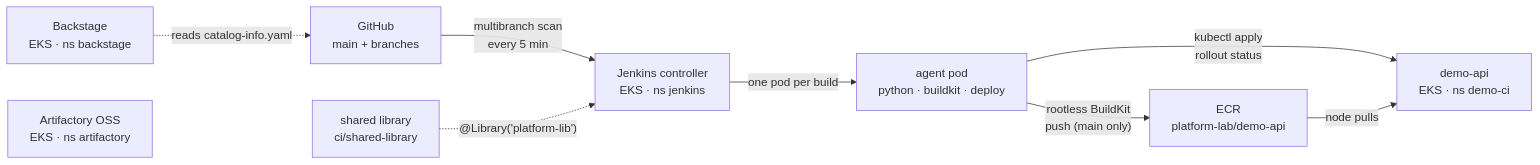
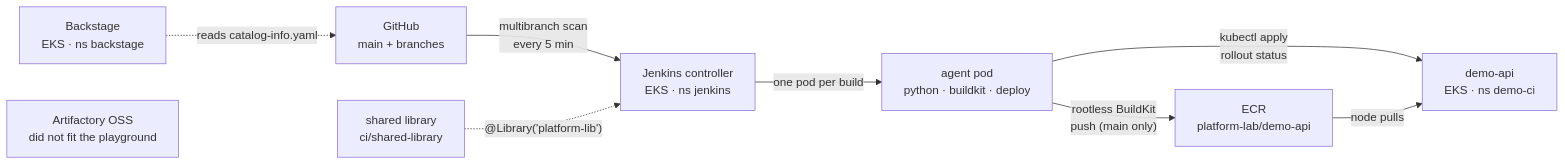
One commit to alecuvalentin22/aws-kodekloud-playground changed the diagram in docs/ci-track.md. Above: the diagram before and after it, drawn with Mermaid. The commit also changed other lines of this file and 2 other files, not shown here.

Commit message:
Artifactory: record that it does not fit the playground, and how it failed

````diff
--- a/docs/ci-track.md
+++ b/docs/ci-track.md
@@ -10,11 +10,11 @@
 ```mermaid
 flowchart LR
   GH["GitHub<br/>main + branches"] -->|"multibranch scan<br/>every 5 min"| J["Jenkins controller<br/>EKS · ns jenkins"]
   J -->|"one pod per build"| A["agent pod<br/>python · buildkit · deploy"]
   LIB["shared library<br/>ci/shared-library"] -.->|"@Library('platform-lib')"| J
   A -->|"rootless BuildKit<br/>push (main only)"| ECR["ECR<br/>platform-lab/demo-api"]
   A -->|"kubectl apply<br/>rollout status"| APP["demo-api<br/>EKS · ns demo-ci"]
   ECR -->|"node pulls"| APP
   BS["Backstage<br/>EKS · ns backstage"] -.->|"reads catalog-info.yaml"| GH
-  RT["Artifactory OSS<br/>EKS · ns artifactory"]
+  RT["Artifactory OSS<br/>did not fit the playground"]
 ```
````
